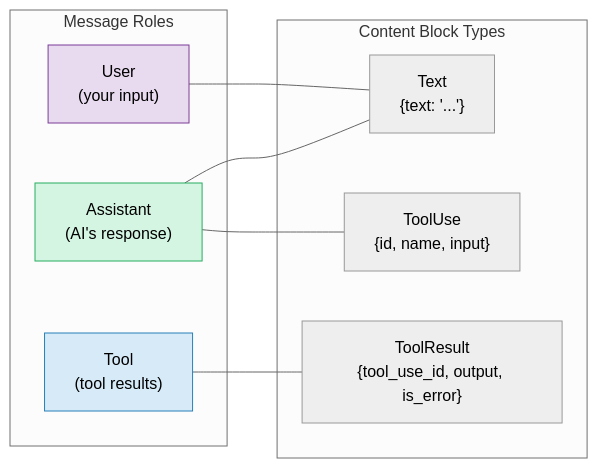
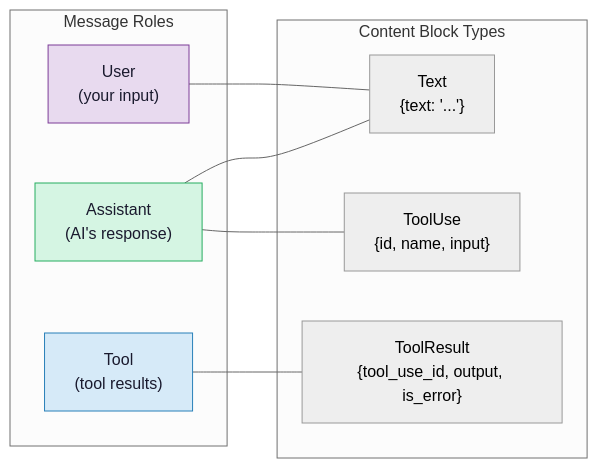
Before and after one commit to mickeyyaya/claw-code-architecture: the third of 3 diagrams in architecture/session-03-conversation-loop.md, drawn with Mermaid (neutral theme). The commit also changed other lines of this file and 8 other files, not shown here.

Commit message:
fix: add dark text color to all light-fill diagram nodes for readability

````diff
--- a/architecture/session-03-conversation-loop.md
+++ b/architecture/session-03-conversation-loop.md
@@ -254,23 +254,23 @@
 ```mermaid
 graph LR
     subgraph "Message Roles"
         U["User\n(your input)"]
         A["Assistant\n(AI's response)"]
         T["Tool\n(tool results)"]
     end
 
     subgraph "Content Block Types"
         TB["Text\n{text: '...'}"]
         TU["ToolUse\n{id, name, input}"]
         TR["ToolResult\n{tool_use_id, output, is_error}"]
     end
 
     U --- TB
     A --- TB
     A --- TU
     T --- TR
 
-    style U fill:#e8daef,stroke:#7d3c98
-    style A fill:#d5f5e3,stroke:#27ae60
-    style T fill:#d6eaf8,stroke:#2980b9
+    style U fill:#e8daef,stroke:#7d3c98,color:#1a1a2e
+    style A fill:#d5f5e3,stroke:#27ae60,color:#1a1a2e
+    style T fill:#d6eaf8,stroke:#2980b9,color:#1a1a2e
 ```
````
